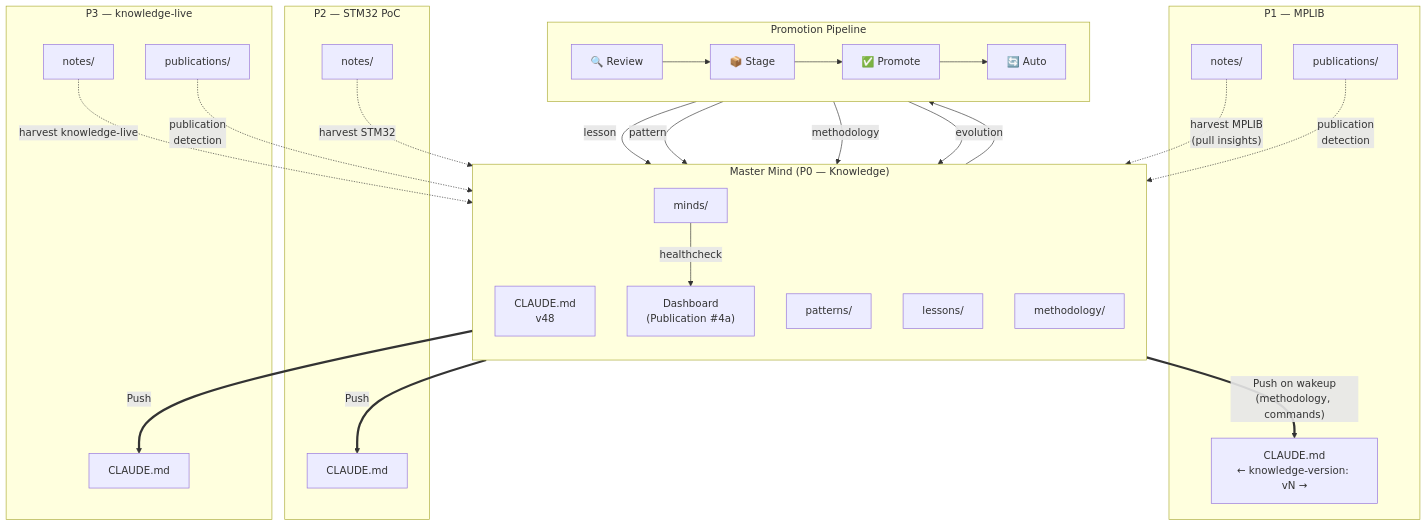
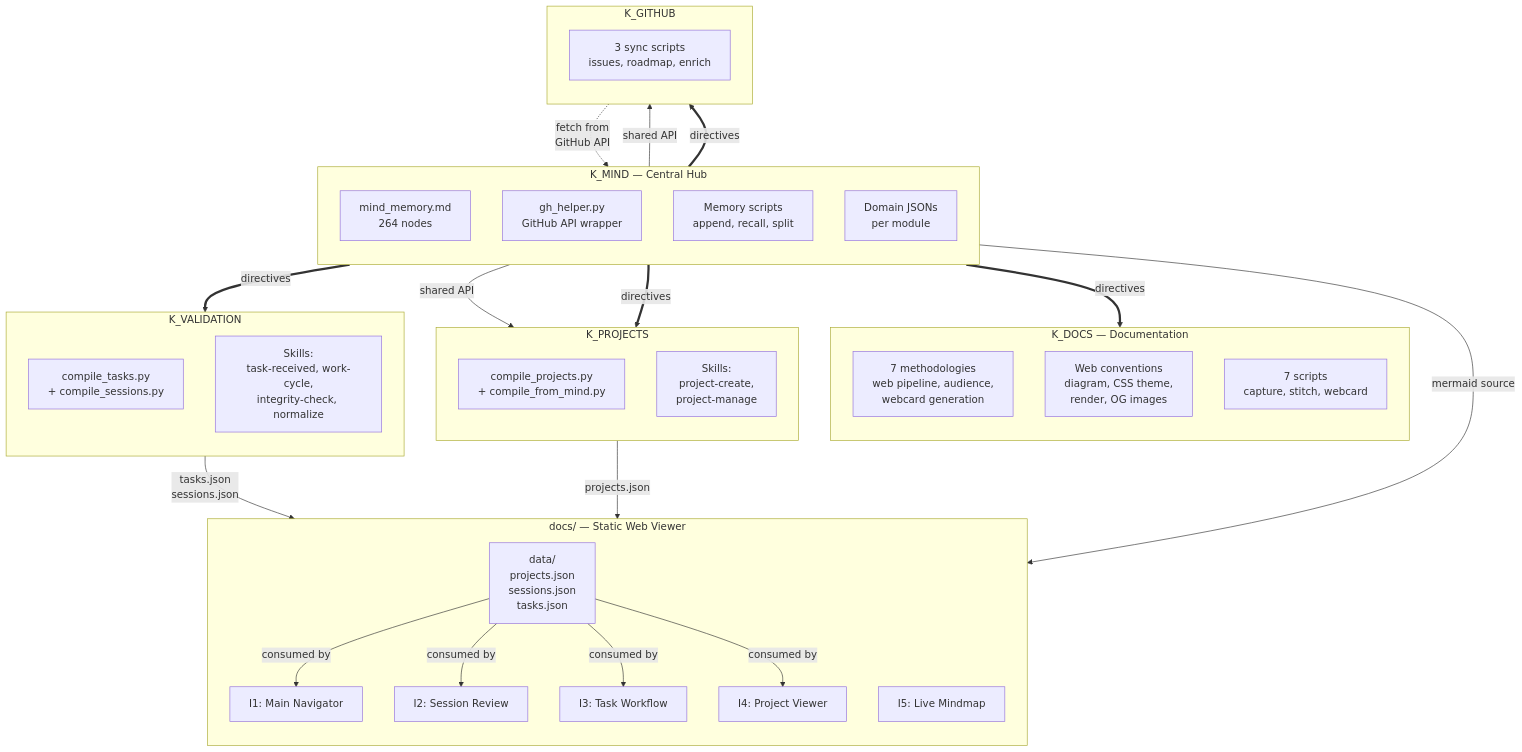
Before and after one commit to packetqc/K_DOCS: the fourth of 4 diagrams in docs/fr/publications/architecture-diagrams/index.md, drawn with Mermaid. The commit also changed other lines of this file and 4 other files, not shown here.

First line of the commit message:
feat: rewrite all 14 architecture diagrams for Knowledge 2.0

````diff
--- a/docs/fr/publications/architecture-diagrams/index.md
+++ b/docs/fr/publications/architecture-diagrams/index.md
@@ -195,54 +206,63 @@
 ```mermaid
 flowchart TB
-    subgraph Master["Master Mind (P0 — Knowledge)"]
+    subgraph KMIND["K_MIND — Central Hub"]
         direction TB
-        CoreCM["CLAUDE.md<br/>v48"]
-        CorePat["patterns/"]
-        CoreLes["lessons/"]
-        CoreMet["methodology/"]
-        CoreMinds["minds/"]
-        Dashboard["Dashboard<br/>(Publication #4a)"]
+        MindMap["mind_memory.md<br/>264 nodes"]
+        GHHelper["gh_helper.py<br/>GitHub API wrapper"]
+        MemScripts["Memory scripts<br/>append, recall, split"]
+        DomainJSONs["Domain JSONs<br/>per module"]
     end
 
-    subgraph SatA["P1 — MPLIB"]
-        SatA_CM["CLAUDE.md<br/>← knowledge-version: vN →"]
-        SatA_Notes["notes/"]
-        SatA_Pubs["publications/"]
+    subgraph KDOCS["K_DOCS — Documentation"]
+        direction TB
+        Methodology["7 methodologies<br/>web pipeline, audience,<br/>webcard generation"]
+        WebConv["Web conventions<br/>diagram, CSS theme,<br/>render, OG images"]
+        DocScripts["7 scripts<br/>capture, stitch, webcard"]
     end
 
-    subgraph SatB["P2 — STM32 PoC"]
-        SatB_CM["CLAUDE.md"]
-        SatB_Notes["notes/"]
+    subgraph KGITHUB["K_GITHUB"]
+        direction TB
+        SyncScripts["3 sync scripts<br/>issues, roadmap, enrich"]
     end
 
-    subgraph SatC["P3 — knowledge-live"]
-        SatC_CM["CLAUDE.md"]
-        SatC_Notes["notes/"]
-        SatC_Pubs["publications/"]
+    subgraph KPROJECTS["K_PROJECTS"]
+        direction TB
+        CompileP["compile_projects.py<br/>+ compile_from_mind.py"]
+        ProjSkills["Skills:<br/>project-create,<br/>project-manage"]
     end
 
-    CoreCM ==>|"Push on wakeup<br/>(methodology, commands)"| SatA_CM
-    CoreCM ==>|"Push"| SatB_CM
-    CoreCM ==>|"Push"| SatC_CM
-
-    SatA_Notes -.->|"harvest MPLIB<br/>(pull insights)"| CoreMinds
-    SatA_Pubs -.->|"publication<br/>detection"| CoreMinds
-    SatB_Notes -.->|"harvest STM32"| CoreMinds
-    SatC_Notes -.->|"harvest knowledge-live"| CoreMinds
-    SatC_Pubs -.->|"publication<br/>detection"| CoreMinds
-
-    subgraph Promotion["Promotion Pipeline"]
-        direction LR
-        Review["🔍 Review"] --> Stage["📦 Stage"]
-        Stage --> Promote["✅ Promote"]
-        Promote --> Auto["🔄 Auto"]
+    subgraph KVALIDATION["K_VALIDATION"]
+        direction TB
+        CompileV["compile_tasks.py<br/>+ compile_sessions.py"]
+        ValSkills["Skills:<br/>task-received, work-cycle,<br/>integrity-check, normalize"]
     end
 
-    CoreMinds --> Review
-    Promote -->|"lesson"| CoreLes
-    Promote -->|"pattern"| CorePat
-    Promote -->|"methodology"| CoreMet
-    Promote -->|"evolution"| CoreCM
+    subgraph WebViewer["docs/ — Static Web Viewer"]
+        direction TB
+        DataJSON["data/<br/>projects.json<br/>sessions.json<br/>tasks.json"]
+        I1["I1: Main Navigator"]
+        I2["I2: Session Review"]
+        I3["I3: Task Workflow"]
+        I4["I4: Project Viewer"]
+        I5["I5: Live Mindmap"]
+    end
 
-    CoreMinds -->|"healthcheck"| Dashboard
+    MindMap ==>|"directives"| KDOCS
+    MindMap ==>|"directives"| KGITHUB
+    MindMap ==>|"directives"| KPROJECTS
+    MindMap ==>|"directives"| KVALIDATION
+
+    GHHelper -->|"shared API"| SyncScripts
+    GHHelper -->|"shared API"| ProjSkills
+
+    CompileP -->|"projects.json"| DataJSON
+    CompileV -->|"tasks.json<br/>sessions.json"| DataJSON
+
+    SyncScripts -.->|"fetch from<br/>GitHub API"| GHHelper
+
+    DataJSON -->|"consumed by"| I1
+    DataJSON -->|"consumed by"| I2
+    DataJSON -->|"consumed by"| I3
+    DataJSON -->|"consumed by"| I4
+    MindMap -->|"mermaid source"| I5
 ```
````
